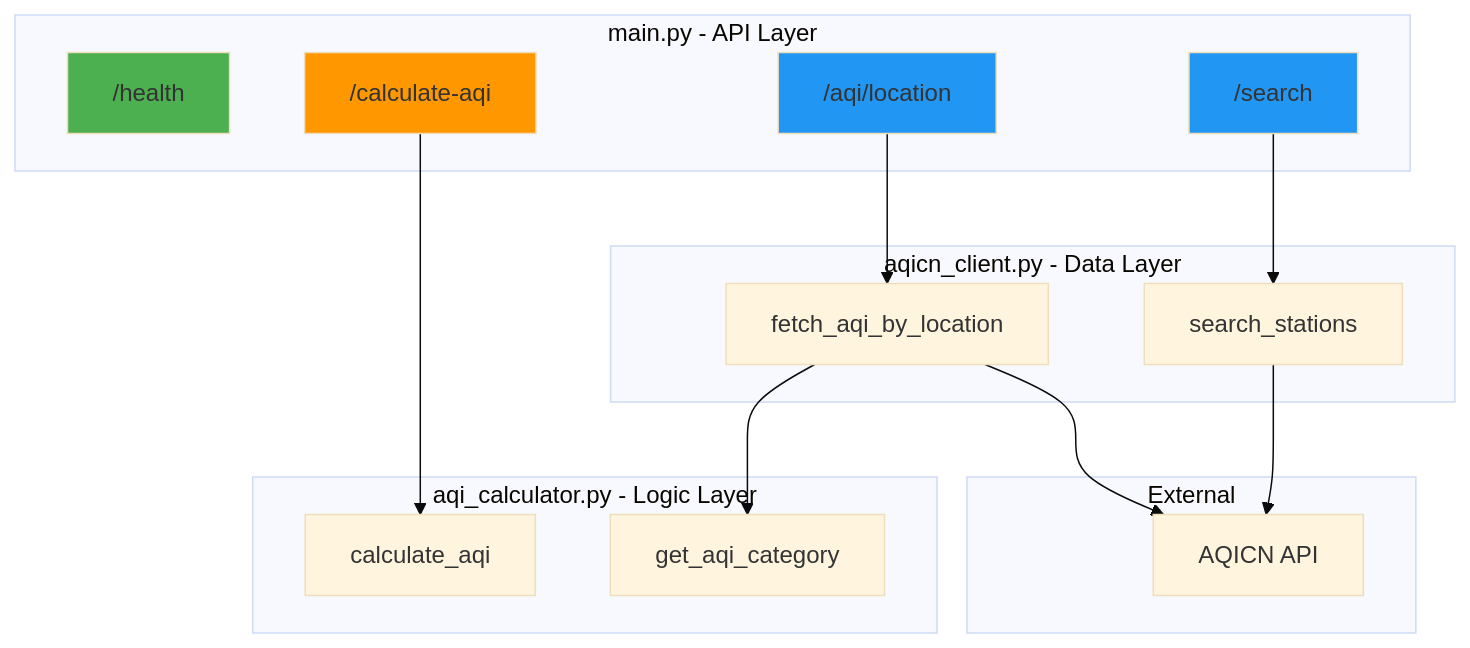
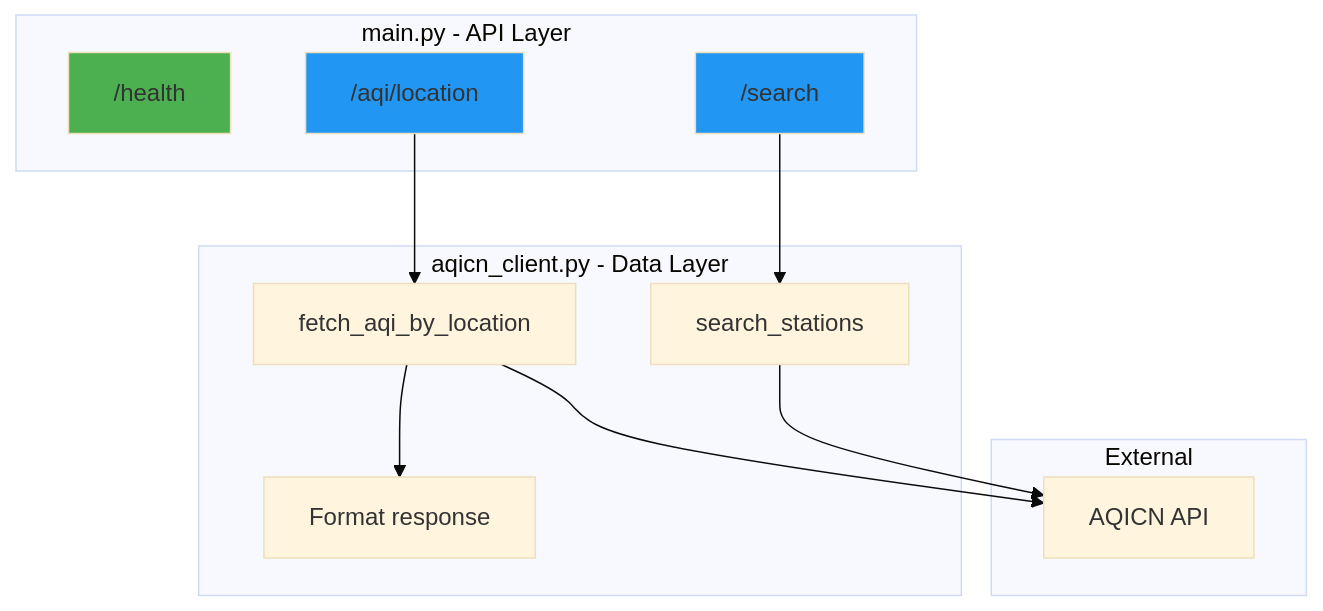
One commit to theaiguy1987/aqi_app changed the first of 4 diagrams in backend/README.md. Above: the diagram before and after it, drawn with Mermaid (base theme). The commit also changed other lines of this file and 14 other files, not shown here.

````diff
--- a/backend/README.md
+++ b/backend/README.md
@@ -25,35 +25,28 @@
 ```mermaid
 graph TB
     subgraph "main.py - API Layer"
         EP1["/health"]
         EP2["/aqi/location"]
         EP3["/search"]
-        EP4["/calculate-aqi"]
     end
     
     subgraph "aqicn_client.py - Data Layer"
         FETCH[fetch_aqi_by_location]
         SEARCH[search_stations]
-    end
-    
-    subgraph "aqi_calculator.py - Logic Layer"
-        CALC[calculate_aqi]
-        CAT[get_aqi_category]
+        FORMAT[Format response]
     end
     
     subgraph "External"
         AQICN[AQICN API]
     end
     
     EP2 --> FETCH
     EP3 --> SEARCH
-    EP4 --> CALC
     FETCH --> AQICN
-    FETCH --> CAT
+    FETCH --> FORMAT
     SEARCH --> AQICN
     
     style EP1 fill:#4caf50
     style EP2 fill:#2196f3
     style EP3 fill:#2196f3
-    style EP4 fill:#ff9800
 ```
````
